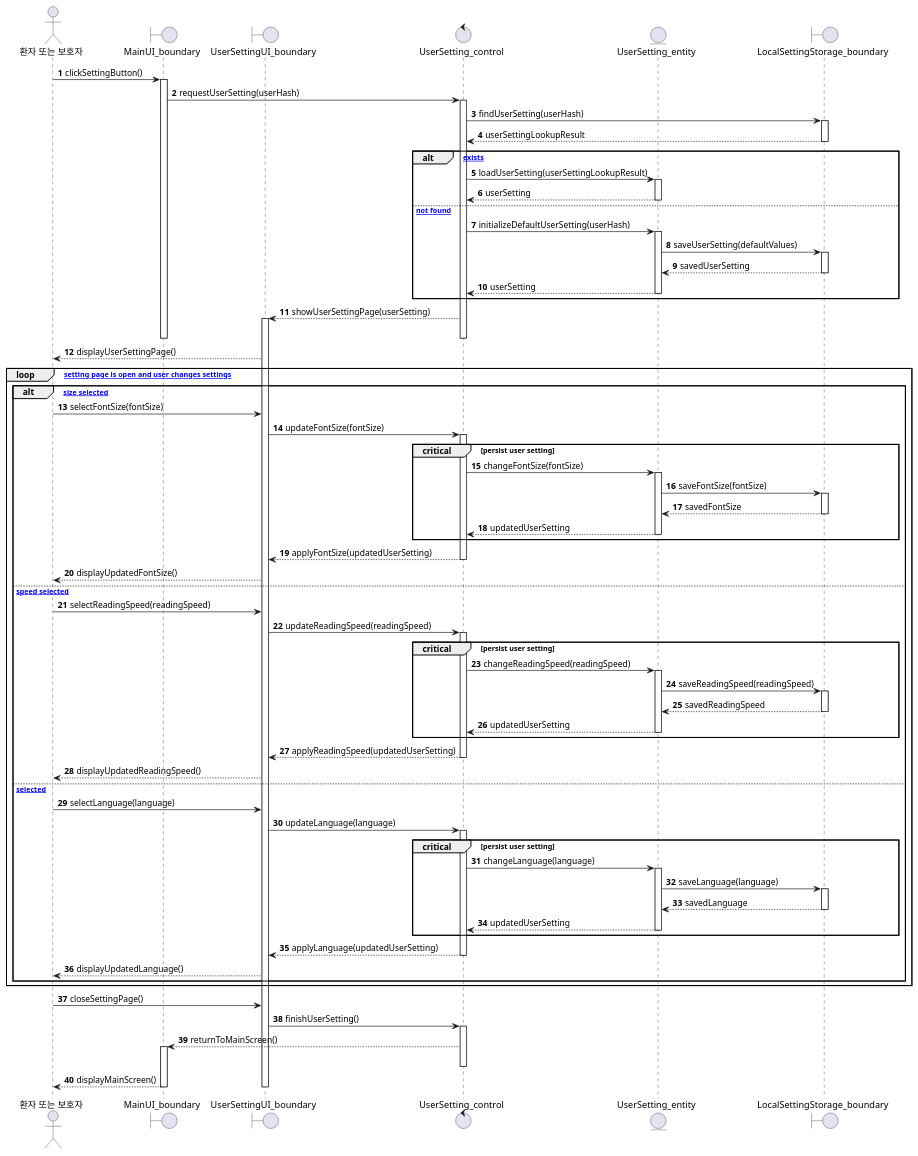
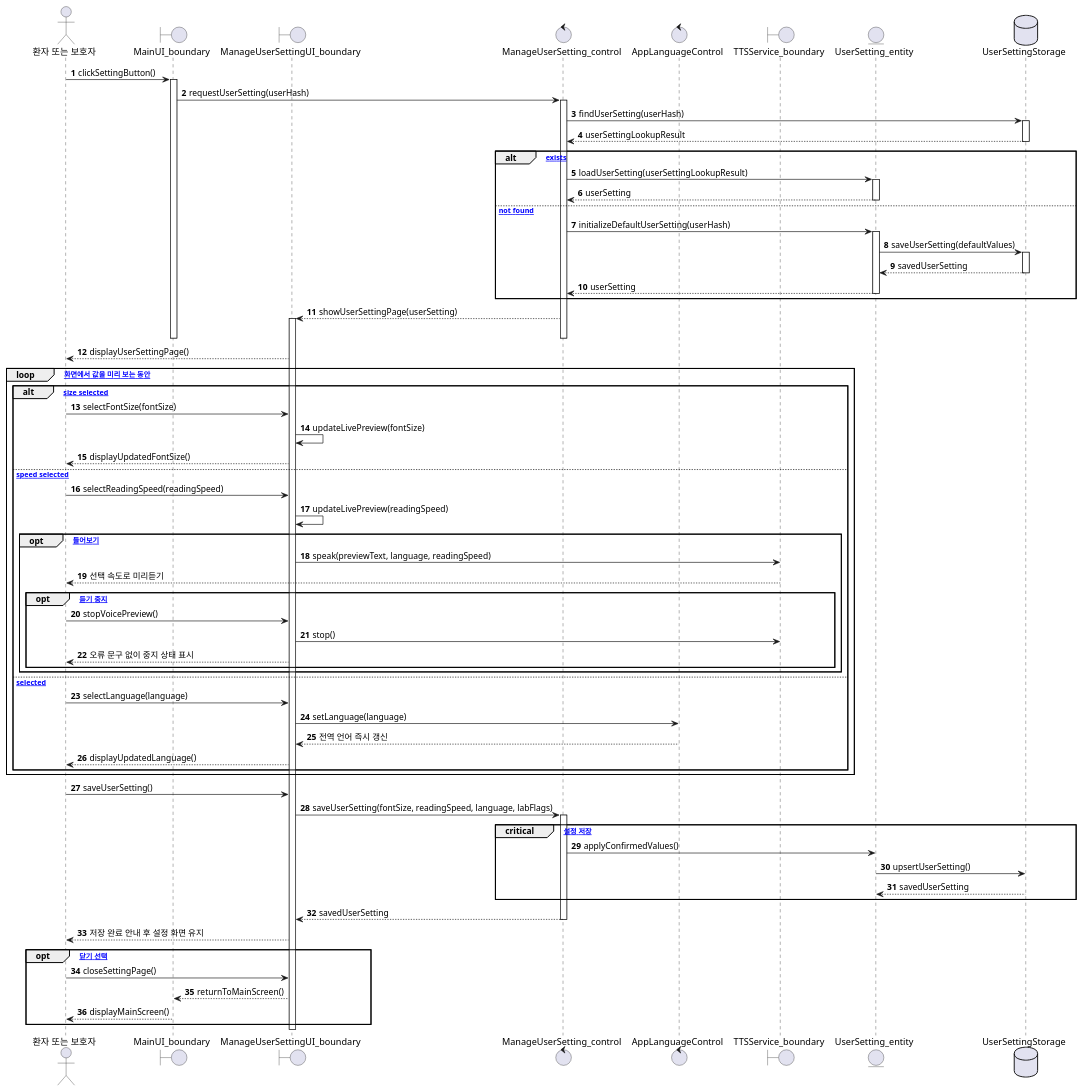
Before and after one commit to 1window2/MedBuddy: the sixth of 10 diagrams in docs/MedBuddy - Sequence Diagrams.md, drawn with PlantUML. The commit also changed other lines of this file and 12 other files, not shown here.

Commit message:
docs: update beta 0.2 architecture and QA guidance

````diff
--- a/docs/MedBuddy - Sequence Diagrams.md
+++ b/docs/MedBuddy - Sequence Diagrams.md
@@ -919,10 +917,12 @@
 autonumber
 actor "환자 또는 보호자" as User
 boundary "MainUI_boundary" as MainUI
-boundary "UserSettingUI_boundary" as SettingUI
-control "UserSetting_control" as C
+boundary "ManageUserSettingUI_boundary" as SettingUI
+control "ManageUserSetting_control" as C
+control "AppLanguageControl" as LanguageControl
+boundary "TTSService_boundary" as TTS
 entity "UserSetting_entity" as Setting
-boundary "LocalSettingStorage_boundary" as Storage
+database "UserSettingStorage" as Storage
 
 User -> MainUI : clickSettingButton()
 activate MainUI
@@ -955,69 +955,47 @@
 deactivate MainUI
 SettingUI --> User : displayUserSettingPage()
 
-loop [while setting page is open and user changes settings]
+loop [설정 화면에서 값을 미리 보는 동안]
   alt [font size selected]
     User -> SettingUI : selectFontSize(fontSize)
-    SettingUI -> C : updateFontSize(fontSize)
-    activate C
-    critical persist user setting
-      C -> Setting : changeFontSize(fontSize)
-      activate Setting
-      Setting -> Storage : saveFontSize(fontSize)
-      activate Storage
-      Storage --> Setting : savedFontSize
-      deactivate Storage
-      Setting --> C : updatedUserSetting
-      deactivate Setting
-    end
-    C --> SettingUI : applyFontSize(updatedUserSetting)
-    deactivate C
+    SettingUI -> SettingUI : updateLivePreview(fontSize)
     SettingUI --> User : displayUpdatedFontSize()
   else [reading speed selected]
     User -> SettingUI : selectReadingSpeed(readingSpeed)
-    SettingUI -> C : updateReadingSpeed(readingSpeed)
-    activate C
-    critical persist user setting
-      C -> Setting : changeReadingSpeed(readingSpeed)
-      activate Setting
-      Setting -> Storage : saveReadingSpeed(readingSpeed)
-      activate Storage
-      Storage --> Setting : savedReadingSpeed
-      deactivate Storage
-      Setting --> C : updatedUserSetting
-      deactivate Setting
+    SettingUI -> SettingUI : updateLivePreview(readingSpeed)
+    opt [음성으로 들어보기]
+      SettingUI -> TTS : speak(previewText, language, readingSpeed)
+      TTS --> User : 선택 속도로 미리듣기
+      opt [사용자가 듣기 중지]
+        User -> SettingUI : stopVoicePreview()
+        SettingUI -> TTS : stop()
+        SettingUI --> User : 오류 문구 없이 중지 상태 표시
+      end
     end
-    C --> SettingUI : applyReadingSpeed(updatedUserSetting)
-    deactivate C
-    SettingUI --> User : displayUpdatedReadingSpeed()
   else [language selected]
     User -> SettingUI : selectLanguage(language)
-    SettingUI -> C : updateLanguage(language)
-    activate C
-    critical persist user setting
-      C -> Setting : changeLanguage(language)
-      activate Setting
-      Setting -> Storage : saveLanguage(language)
-      activate Storage
-      Storage --> Setting : savedLanguage
-      deactivate Storage
-      Setting --> C : updatedUserSetting
-      deactivate Setting
-    end
-    C --> SettingUI : applyLanguage(updatedUserSetting)
-    deactivate C
+    SettingUI -> LanguageControl : setLanguage(language)
+    LanguageControl --> SettingUI : 전역 언어 즉시 갱신
     SettingUI --> User : displayUpdatedLanguage()
   end
 end
 
-User -> SettingUI : closeSettingPage()
-SettingUI -> C : finishUserSetting()
+User -> SettingUI : saveUserSetting()
+SettingUI -> C : saveUserSetting(fontSize, readingSpeed, language, labFlags)
 activate C
-C --> MainUI : returnToMainScreen()
-activate MainUI
+critical [사용자 설정 저장]
+  C -> Setting : applyConfirmedValues()
+  Setting -> Storage : upsertUserSetting()
+  Storage --> Setting : savedUserSetting
+end
+C --> SettingUI : savedUserSetting
 deactivate C
-MainUI --> User : displayMainScreen()
-deactivate MainUI
-deactivate SettingUI
+SettingUI --> User : 저장 완료 안내 후 설정 화면 유지
+
+opt [사용자가 닫기 선택]
+  User -> SettingUI : closeSettingPage()
+  SettingUI --> MainUI : returnToMainScreen()
+  MainUI --> User : displayMainScreen()
+end
 @enduml
 ```
````
